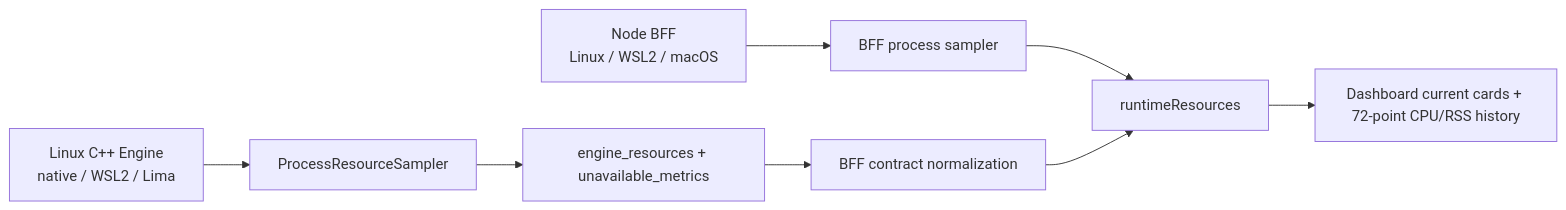
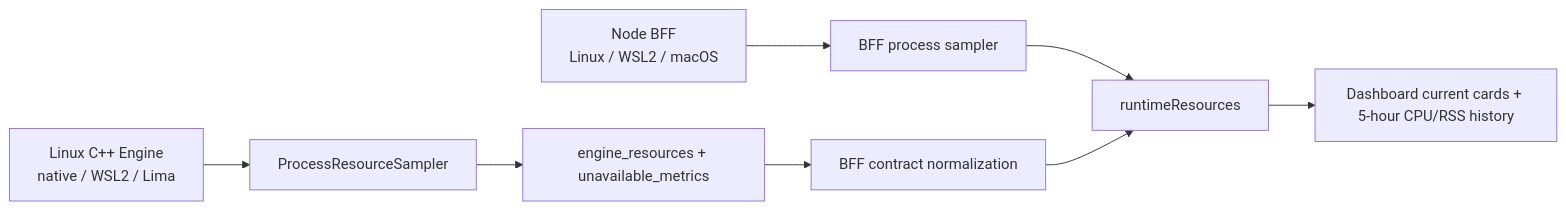
Diagram 12 of 15 in docs/network-diagnostics-engineering-architecture-review.md (God1007/JaNet), drawn with Mermaid before and after one commit. The commit also changed other lines of this file and 21 other files, not shown here.

````diff
--- a/docs/network-diagnostics-engineering-architecture-review.md
+++ b/docs/network-diagnostics-engineering-architecture-review.md
@@ -536,10 +536,10 @@
 ```mermaid
 flowchart LR
     Engine["Linux C++ Engine\nnative / WSL2 / Lima"] --> Sampler["ProcessResourceSampler"]
     Sampler --> Proto["engine_resources + unavailable_metrics"]
     Proto --> Normalize["BFF contract normalization"]
     Node["Node BFF\nLinux / WSL2 / macOS"] --> NodeSampler["BFF process sampler"]
     NodeSampler --> Merge["runtimeResources"]
     Normalize --> Merge
-    Merge --> UI["Dashboard current cards + 72-point CPU/RSS history"]
+    Merge --> UI["Dashboard current cards + 5-hour CPU/RSS history"]
 ```
````
